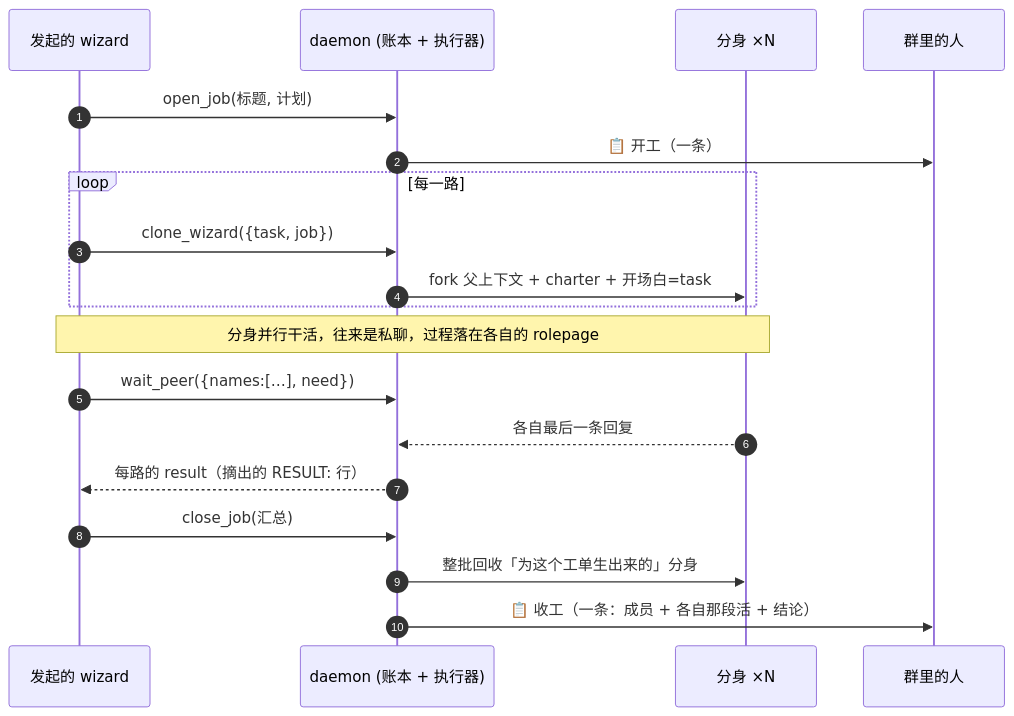
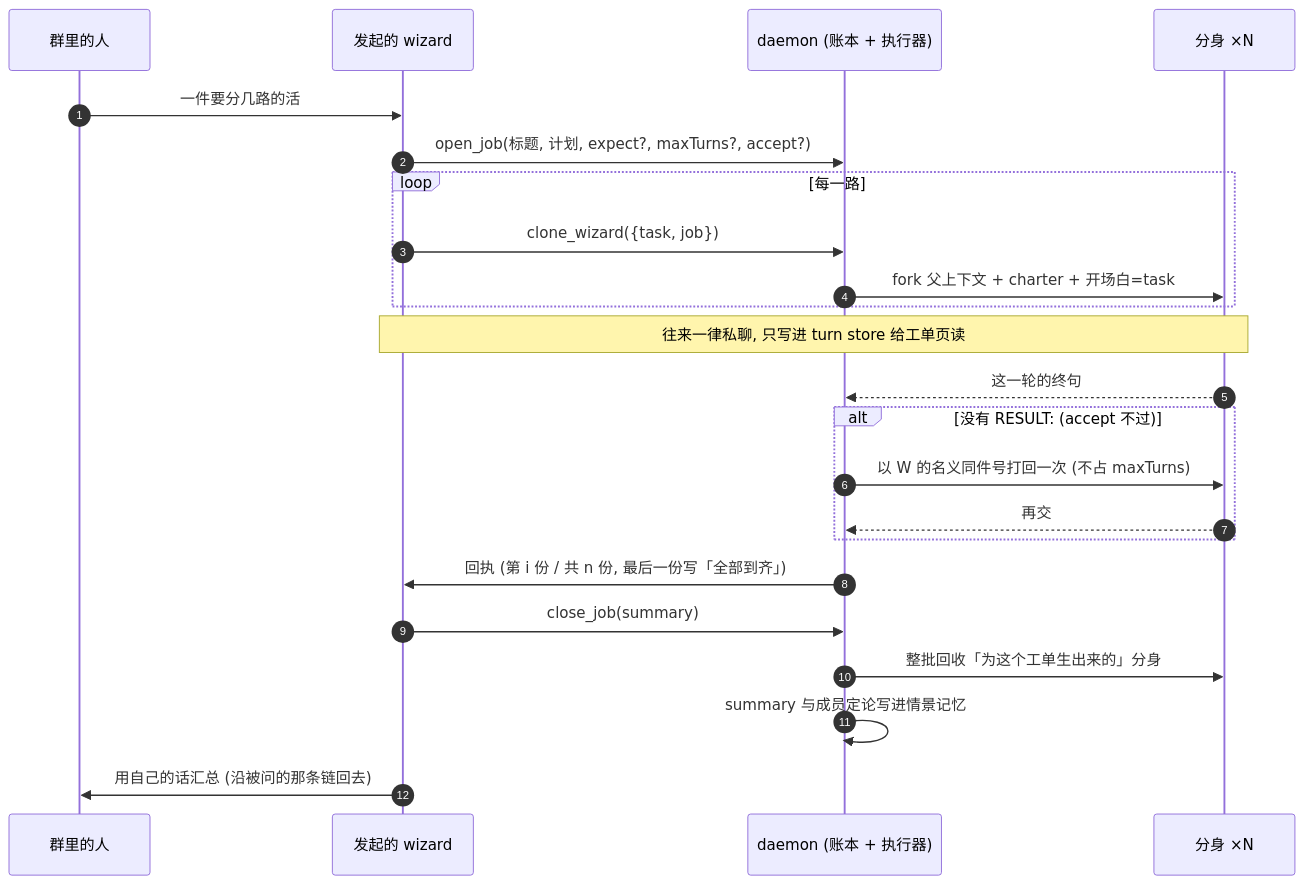
Before and after one commit to guxi11/wezard: the tenth of 16 diagrams in 技术说明.md, drawn with Mermaid. The commit also changed other lines of this file and 5 other files, not shown here.

First line of the commit message:
docs: README 换 hero 与镜像配图, 按 2.3–2.4 的变更更新 README / 技术说明 / 审批配置

````diff
--- a/技术说明.md
+++ b/技术说明.md
@@ -311,22 +343,26 @@
 ```mermaid
 sequenceDiagram
     autonumber
+    participant U as 群里的人
     participant W as 发起的 wizard
     participant D as daemon (账本 + 执行器)
     participant K as 分身 ×N
-    participant U as 群里的人
 
-    W->>D: open_job(标题, 计划)
-    D->>U: 📋 开工（一条）
+    U->>W: 一件要分几路的活
+    W->>D: open_job(标题, 计划, expect?, maxTurns?, accept?)
     loop 每一路
         W->>D: clone_wizard({task, job})
         D->>K: fork 父上下文 + charter + 开场白=task
     end
-    Note over W,K: 分身并行干活，往来是私聊，过程落在各自的 rolepage
-    W->>D: wait_peer({names:[…], need})
-    K-->>D: 各自最后一条回复
-    D-->>W: 每路的 result（摘出的 RESULT: 行）
-    W->>D: close_job(汇总)
+    Note over W,K: 往来一律私聊, 只写进 turn store 给工单页读
+    K-->>D: 这一轮的终句
+    alt 没有 RESULT: (accept 不过)
+        D->>K: 以 W 的名义同件号打回一次 (不占 maxTurns)
+        K-->>D: 再交
+    end
+    D->>W: 回执 (第 i 份 / 共 n 份, 最后一份写「全部到齐」)
+    W->>D: close_job(summary)
     D->>K: 整批回收「为这个工单生出来的」分身
-    D->>U: 📋 收工（一条：成员 + 各自那段活 + 结论）
+    D->>D: summary 与成员定论写进情景记忆
+    W->>U: 用自己的话汇总 (沿被问的那条链回去)
 ```
````
